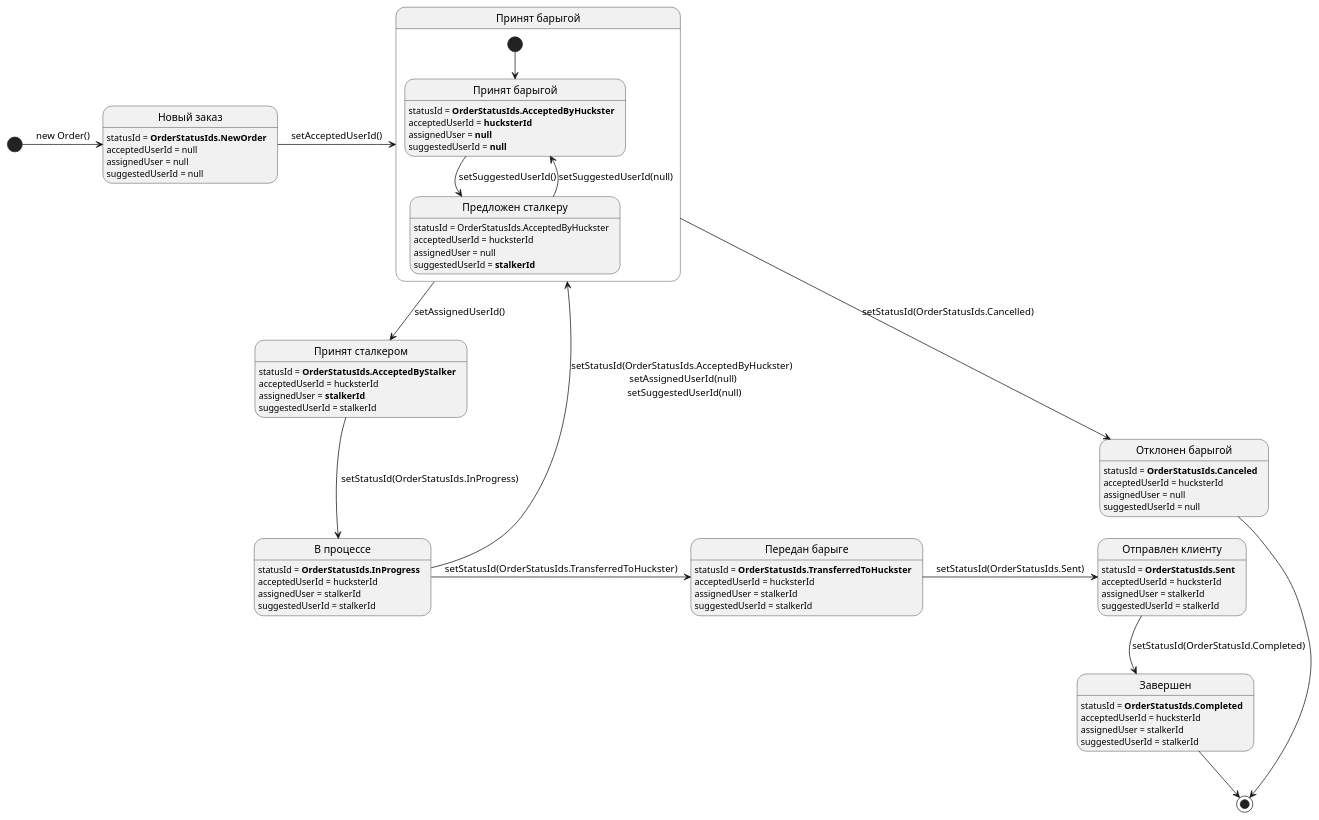
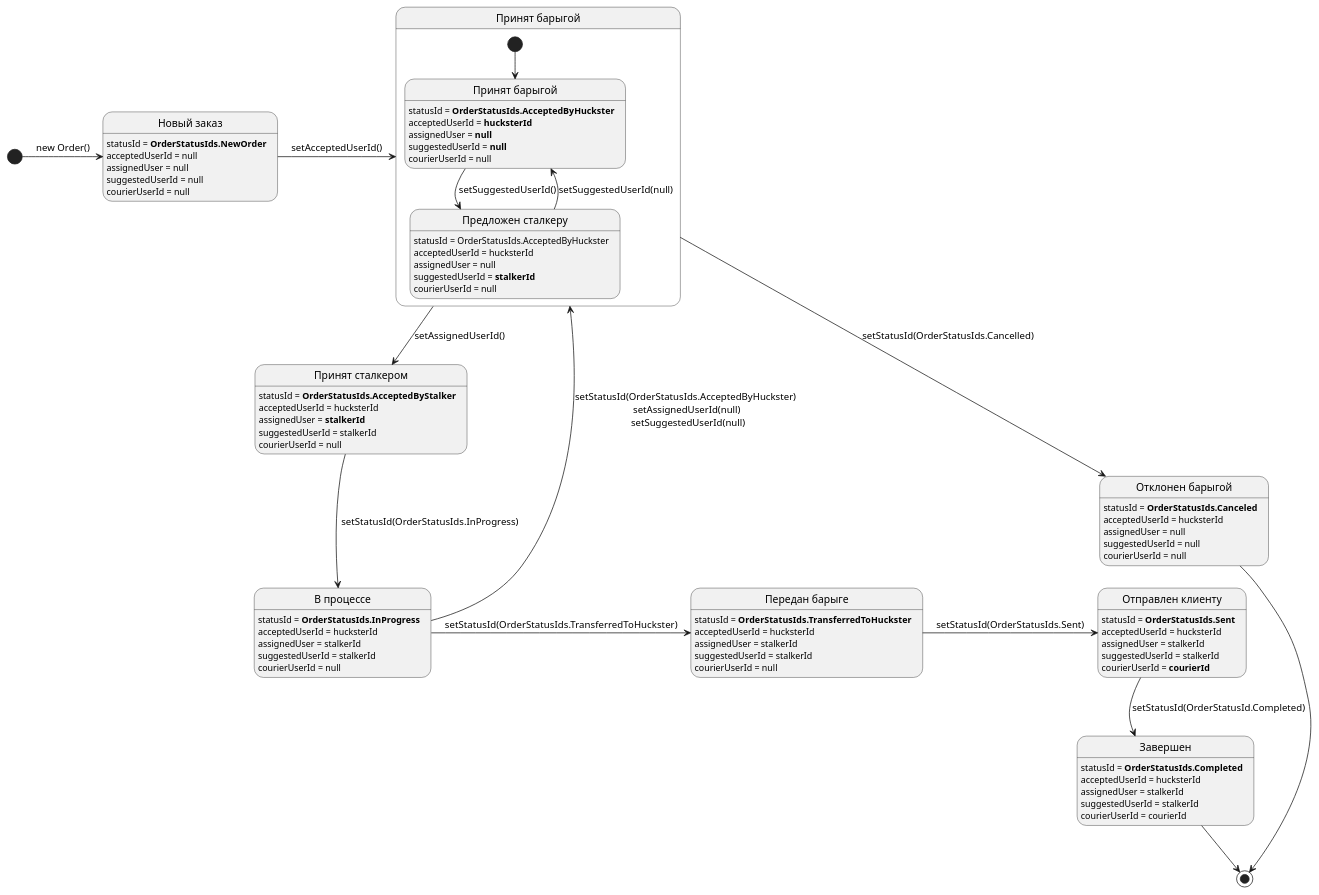
One commit to avdosev/itmo-software-diagrams changed the diagram in implementation-view/state_machine_diagram.puml. Above: the diagram before and after it, drawn with PlantUML. The commit also changed 1 other file, not shown here.

```diff
--- a/implementation-view/state_machine_diagram.puml
+++ b/implementation-view/state_machine_diagram.puml
@@ -1,90 +1,100 @@
 @startuml
 state "Новый заказ" as NewOrder
 state "Принят барыгой" as AcceptedByHuckster 
 state "Принят сталкером" as AcceptedByStalker
 state "В процессе" as InProgress
 state "Передан барыге" as TransferredToHuckster
 state "Отправлен клиенту" as Sent
 state "Завершен" as Completed
 state "Отклонен барыгой" as Canceled
 
 NewOrder: statusId = **OrderStatusIds.NewOrder**
 NewOrder: acceptedUserId = null
 NewOrder: assignedUser = null
 NewOrder: suggestedUserId = null
+NewOrder: courierUserId = null
 
 [*] -right-> NewOrder: new Order()
 
 NewOrder-right-> AcceptedByHuckster: setAcceptedUserId()
 
 state "Принят барыгой" as AcceptedByHuckster {
     
     state SuggestedToStalker2 as "Предложен сталкеру"
     state AcceptedByHuckster2 as "Принят барыгой"
 
 
     AcceptedByHuckster2 : statusId = **OrderStatusIds.AcceptedByHuckster**
     AcceptedByHuckster2 : acceptedUserId = **hucksterId**
     AcceptedByHuckster2 : assignedUser = **null**
     AcceptedByHuckster2 : suggestedUserId = **null**
+    AcceptedByHuckster2: courierUserId = null
 
 
     [*] --> AcceptedByHuckster2 
     AcceptedByHuckster2 --> SuggestedToStalker2 : setSuggestedUserId()
     SuggestedToStalker2 -up-> AcceptedByHuckster2 : setSuggestedUserId(null)
 
     SuggestedToStalker2 : statusId = OrderStatusIds.AcceptedByHuckster
     SuggestedToStalker2 : acceptedUserId = hucksterId
     SuggestedToStalker2 : assignedUser = null
     SuggestedToStalker2 : suggestedUserId = **stalkerId**
+    SuggestedToStalker2: courierUserId = null
+
 }
 
 
 AcceptedByHuckster --> AcceptedByStalker: setAssignedUserId()
 AcceptedByHuckster --> Canceled: setStatusId(OrderStatusIds.Cancelled)
 
 Canceled: statusId = **OrderStatusIds.Canceled**
 Canceled: acceptedUserId = hucksterId
 Canceled: assignedUser = null
 Canceled: suggestedUserId = null
+Canceled: courierUserId = null
 
 
 AcceptedByStalker: statusId = **OrderStatusIds.AcceptedByStalker**
 AcceptedByStalker: acceptedUserId = hucksterId
 AcceptedByStalker: assignedUser = **stalkerId**
 AcceptedByStalker: suggestedUserId = stalkerId
+AcceptedByStalker: courierUserId = null
 
 AcceptedByStalker --> InProgress: setStatusId(OrderStatusIds.InProgress)
 
 InProgress: statusId = **OrderStatusIds.InProgress**
 InProgress: acceptedUserId = hucksterId
 InProgress: assignedUser = stalkerId
 InProgress: suggestedUserId = stalkerId
+InProgress: courierUserId = null
 
 InProgress -right-> TransferredToHuckster: setStatusId(OrderStatusIds.TransferredToHuckster)
 
 TransferredToHuckster: statusId = **OrderStatusIds.TransferredToHuckster**
 TransferredToHuckster: acceptedUserId = hucksterId
 TransferredToHuckster: assignedUser = stalkerId
 TransferredToHuckster: suggestedUserId = stalkerId
+TransferredToHuckster: courierUserId = null
 
 InProgress --> AcceptedByHuckster: setStatusId(OrderStatusIds.AcceptedByHuckster) \n setAssignedUserId(null) \n setSuggestedUserId(null)
 
 TransferredToHuckster -right-> Sent : setStatusId(OrderStatusIds.Sent)
 
 Sent : statusId = **OrderStatusIds.Sent**
 Sent : acceptedUserId = hucksterId
 Sent : assignedUser = stalkerId
 Sent : suggestedUserId = stalkerId
+Sent : courierUserId = **courierId**
 
 
 Sent --> Completed: setStatusId(OrderStatusId.Completed)
 
 Completed: statusId = **OrderStatusIds.Completed**
 Completed : acceptedUserId = hucksterId
 Completed: assignedUser = stalkerId
 Completed: suggestedUserId = stalkerId
+Completed : courierUserId = courierId
 
 Completed --> [*]
 Canceled --> [*]
 @enduml
```
